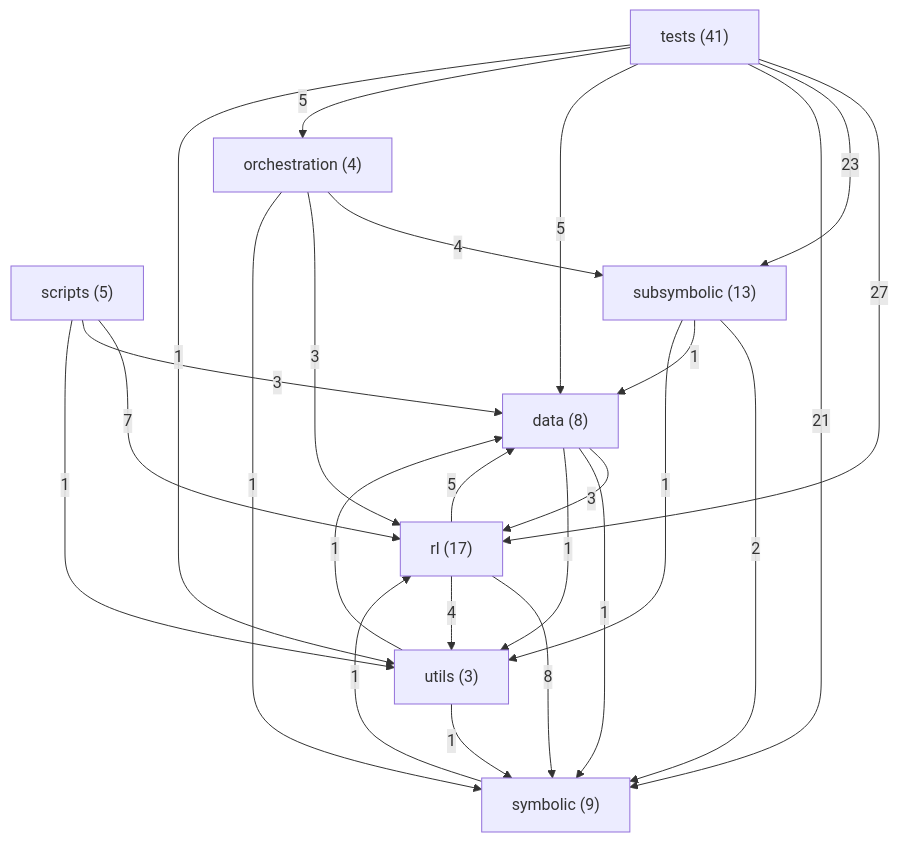
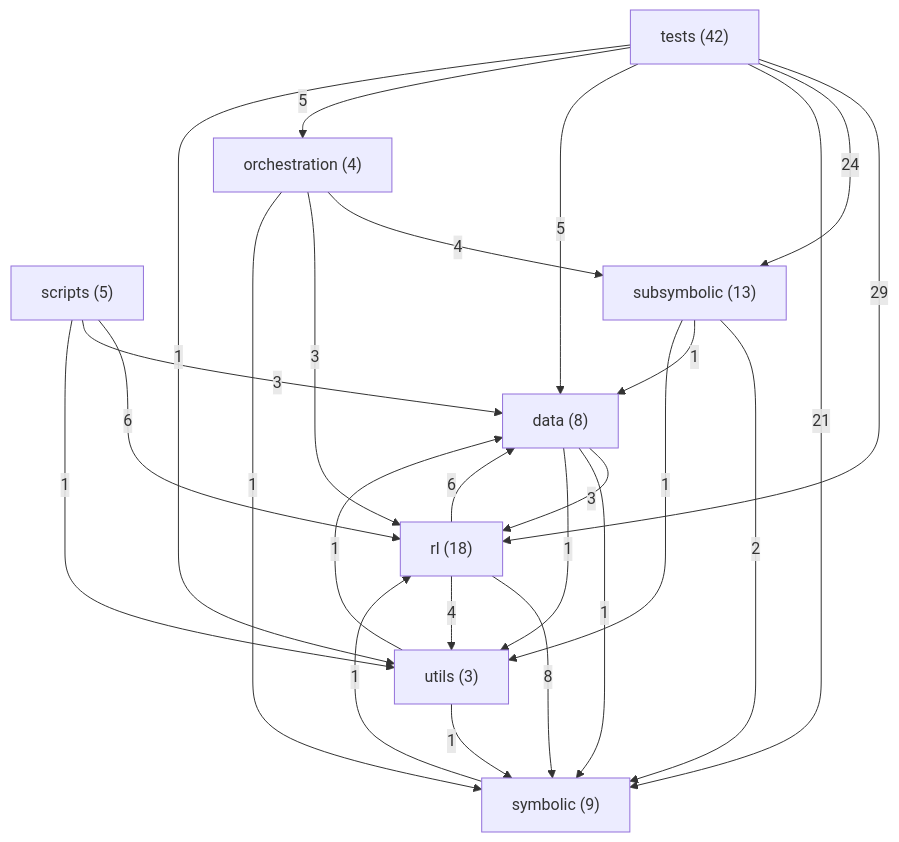
One commit to danrd/ARC-AGI changed the diagram in ARCHITECTURE.md. Above: the diagram before and after it, drawn with Mermaid. The commit also changed other lines of this file and 8 other files, not shown here.

````diff
--- a/ARCHITECTURE.md
+++ b/ARCHITECTURE.md
@@ -125,35 +125,35 @@
 ```mermaid
 graph TD
   data["data (8)"]
   orchestration["orchestration (4)"]
-  rl["rl (17)"]
+  rl["rl (18)"]
   scripts["scripts (5)"]
   subsymbolic["subsymbolic (13)"]
   symbolic["symbolic (9)"]
-  tests["tests (41)"]
+  tests["tests (42)"]
   utils["utils (3)"]
-  tests -->|27| rl
-  tests -->|23| subsymbolic
+  tests -->|29| rl
+  tests -->|24| subsymbolic
   tests -->|21| symbolic
   rl -->|8| symbolic
-  scripts -->|7| rl
-  rl -->|5| data
+  rl -->|6| data
+  scripts -->|6| rl
   tests -->|5| data
   tests -->|5| orchestration
   orchestration -->|4| subsymbolic
   rl -->|4| utils
   data -->|3| rl
   orchestration -->|3| rl
   scripts -->|3| data
   subsymbolic -->|2| symbolic
   data -->|1| symbolic
   data -->|1| utils
   orchestration -->|1| symbolic
   scripts -->|1| utils
   subsymbolic -->|1| data
   subsymbolic -->|1| utils
   symbolic -->|1| rl
   tests -->|1| utils
   utils -->|1| data
   utils -->|1| symbolic
 ```
````
